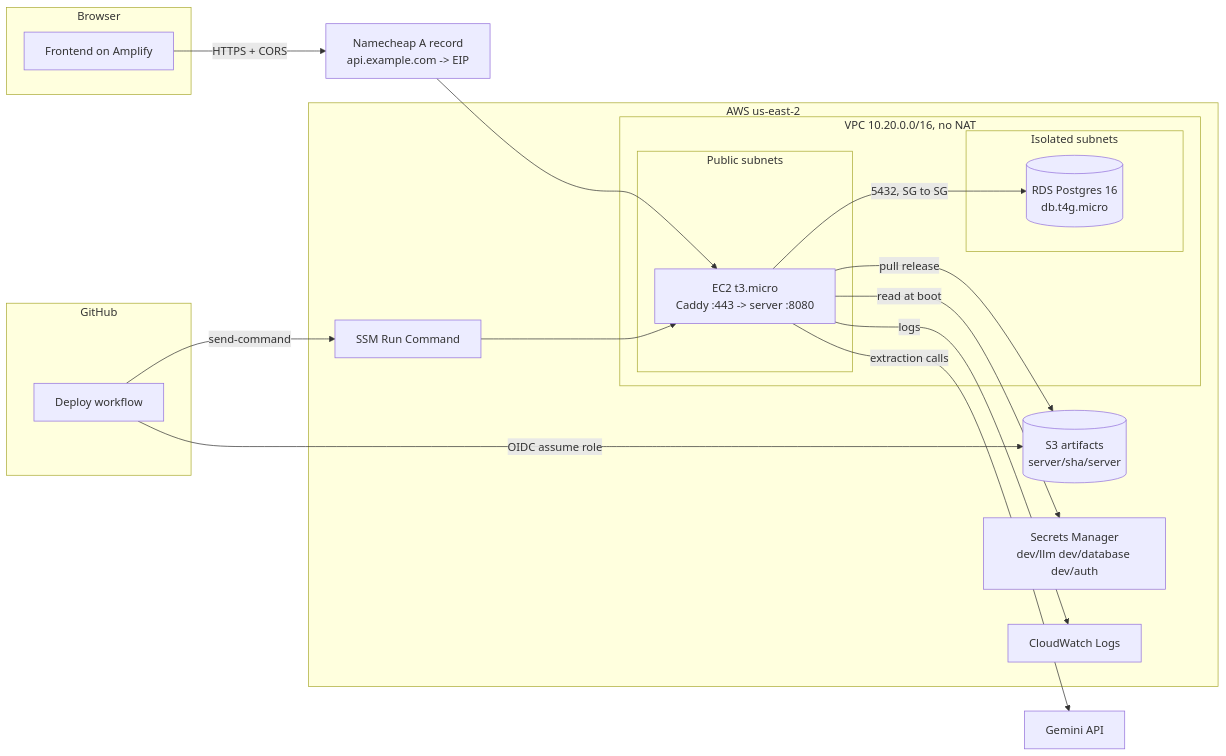
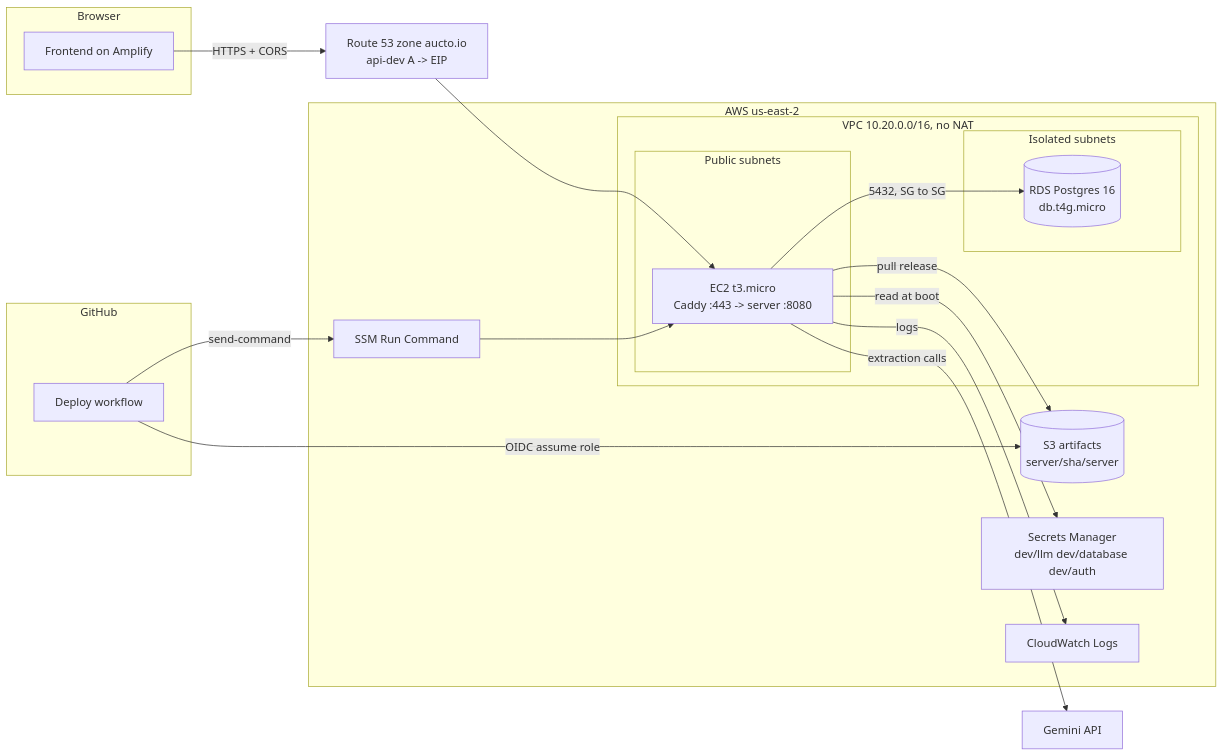
The diagram in docs/deployment-architecture.md (mattkhoo-wg/shipping-infra), drawn with Mermaid before and after one commit. The commit also changed other lines of this file and 11 other files, not shown here.

First line of the commit message:
feat(dns): Route 53 hosted zone for the domain, API A record managed by the app stack

````diff
--- a/docs/deployment-architecture.md
+++ b/docs/deployment-architecture.md
@@ -25,34 +30,34 @@
 ```mermaid
 flowchart LR
   subgraph browser [Browser]
     FE[Frontend on Amplify]
   end
   subgraph gh [GitHub]
     WF[Deploy workflow]
   end
   subgraph aws [AWS us-east-2]
     subgraph vpc [VPC 10.20.0.0/16, no NAT]
       subgraph pub [Public subnets]
         EC2[EC2 t3.micro<br/>Caddy :443 -> server :8080]
       end
       subgraph iso [Isolated subnets]
         RDS[(RDS Postgres 16<br/>db.t4g.micro)]
       end
     end
     S3[(S3 artifacts<br/>server/sha/server)]
     SM[Secrets Manager<br/>dev/llm dev/database dev/auth]
     SSM[SSM Run Command]
     CW[CloudWatch Logs]
   end
-  DNS[Namecheap A record<br/>api.example.com -> EIP]
+  DNS[Route 53 zone aucto.io<br/>api-dev A -> EIP]
   LLM[Gemini API]
 
   FE -- HTTPS + CORS --> DNS --> EC2
   EC2 -- 5432, SG to SG --> RDS
   EC2 -- read at boot --> SM
   EC2 -- pull release --> S3
   EC2 -- logs --> CW
   EC2 -- extraction calls --> LLM
   WF -- OIDC assume role --> S3
   WF -- send-command --> SSM --> EC2
 ```
````
